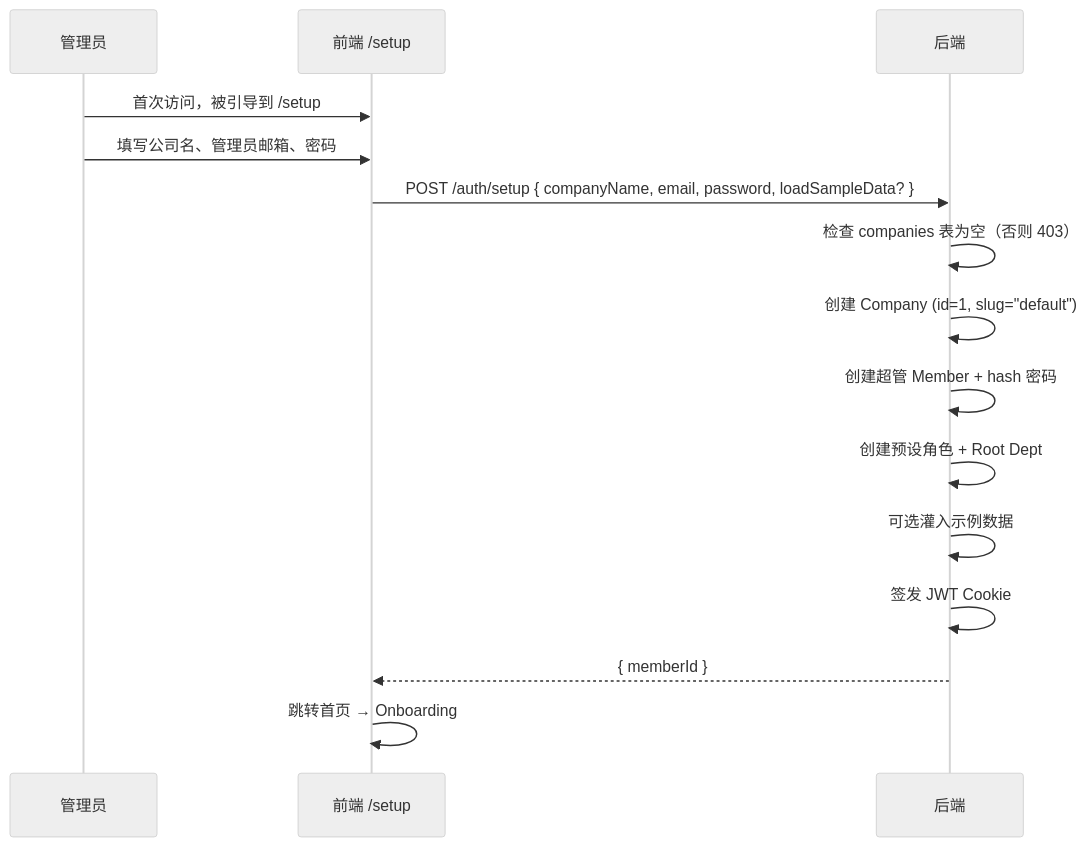
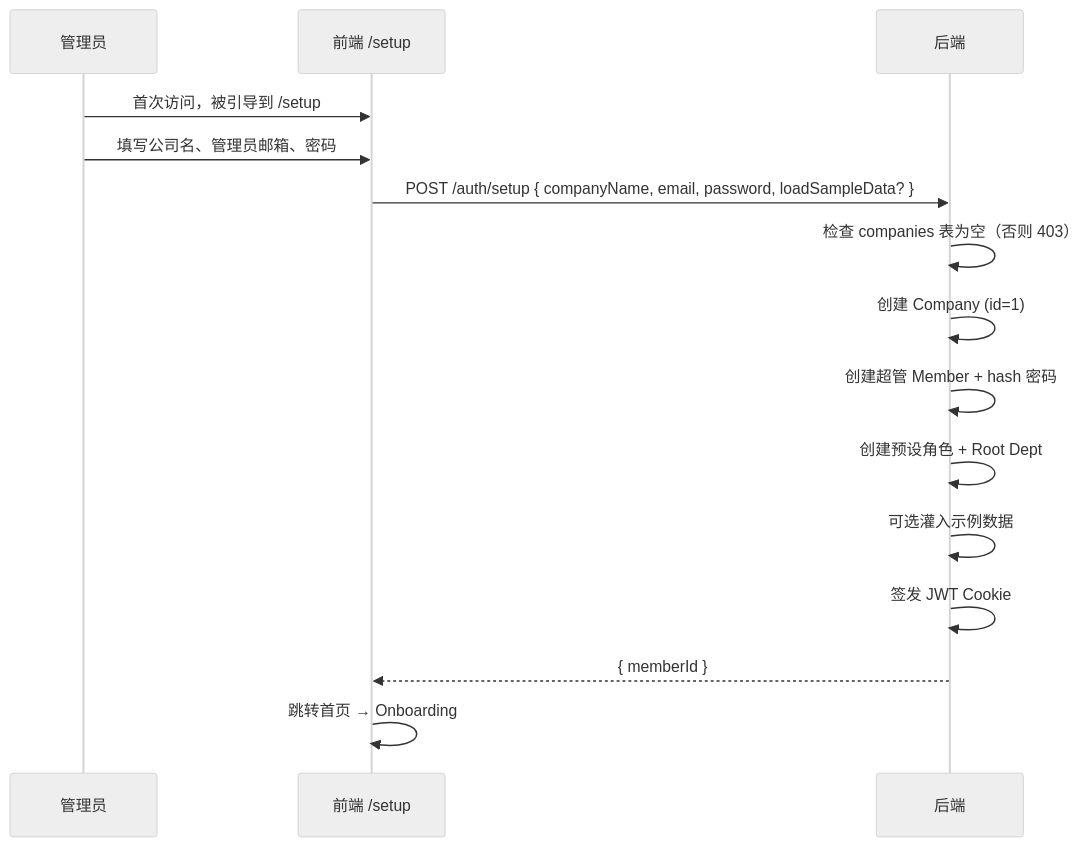
One commit to quyip8818/mytokenjoy changed the fourth of 4 diagrams in docs/plan/登录注册方案设计.md. Above: the diagram before and after it, drawn with Mermaid (neutral theme). The commit also changed other lines of this file and 3 other files, not shown here.

````diff
--- a/docs/plan/登录注册方案设计.md
+++ b/docs/plan/登录注册方案设计.md
@@ -273,18 +262,18 @@
 ```mermaid
 sequenceDiagram
     participant U as 管理员
     participant F as 前端 /setup
     participant B as 后端
 
     U->>F: 首次访问，被引导到 /setup
     U->>F: 填写公司名、管理员邮箱、密码
     F->>B: POST /auth/setup { companyName, email, password, loadSampleData? }
     B->>B: 检查 companies 表为空（否则 403）
-    B->>B: 创建 Company (id=1, slug="default")
+    B->>B: 创建 Company (id=1)
     B->>B: 创建超管 Member + hash 密码
     B->>B: 创建预设角色 + Root Dept
     B->>B: 可选灌入示例数据
     B->>B: 签发 JWT Cookie
     B-->>F: { memberId }
     F->>F: 跳转首页 → Onboarding
 ```
````
